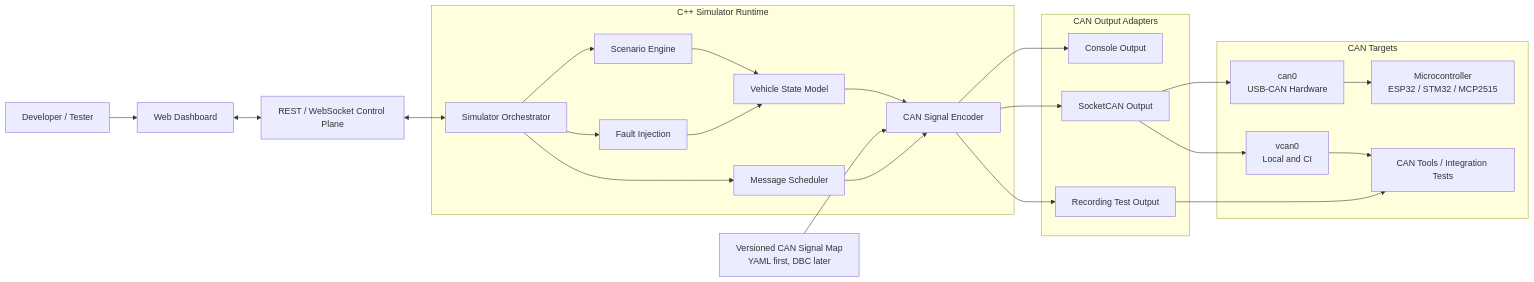
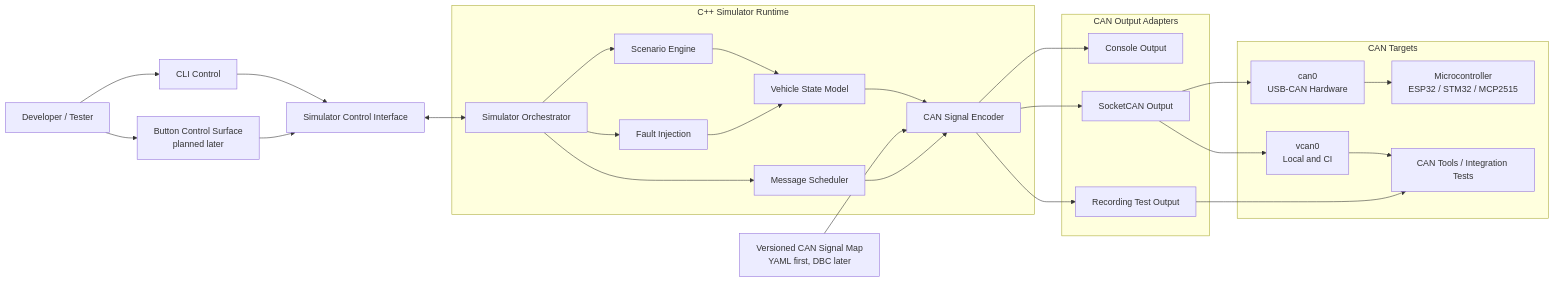
Before and after one commit to theoavgitidis/CanSimulatorCICD: the first of 3 diagrams in docs/plannedArchitectures/architecture-diagrams.md, drawn with Mermaid. The commit also changed other lines of this file and 15 other files, not shown here.

````diff
--- a/docs/plannedArchitectures/architecture-diagrams.md
+++ b/docs/plannedArchitectures/architecture-diagrams.md
@@ -9,53 +9,56 @@
 ```mermaid
 flowchart LR
     user["Developer / Tester"]
-    web["Web Dashboard"]
-    api["REST / WebSocket Control Plane"]
+    cli["CLI Control"]
+    buttons["Button Control Surface<br/>planned later"]
+    control["Simulator Control Interface"]
 
     subgraph simulator["C++ Simulator Runtime"]
         scenario["Scenario Engine"]
         state["Vehicle State Model"]
         faults["Fault Injection"]
         scheduler["Message Scheduler"]
         encoder["CAN Signal Encoder"]
         app["Simulator Orchestrator"]
     end
 
     signalMap["Versioned CAN Signal Map<br/>YAML first, DBC later"]
 
     subgraph outputs["CAN Output Adapters"]
         console["Console Output"]
         socketcan["SocketCAN Output"]
         recording["Recording Test Output"]
     end
 
     subgraph canTargets["CAN Targets"]
         vcan["vcan0<br/>Local and CI"]
         can0["can0<br/>USB-CAN Hardware"]
         mcu["Microcontroller<br/>ESP32 / STM32 / MCP2515"]
         tools["CAN Tools / Integration Tests"]
     end
 
-    user --> web
-    web <--> api
-    api <--> app
+    user --> cli
+    user --> buttons
+    cli --> control
+    buttons --> control
+    control <--> app
 
     app --> scenario
     app --> faults
     app --> scheduler
     scenario --> state
     faults --> state
     state --> encoder
     signalMap --> encoder
     scheduler --> encoder
 
     encoder --> console
     encoder --> socketcan
     encoder --> recording
 
     socketcan --> vcan
     socketcan --> can0
     vcan --> tools
     can0 --> mcu
     recording --> tools
 ```
````
